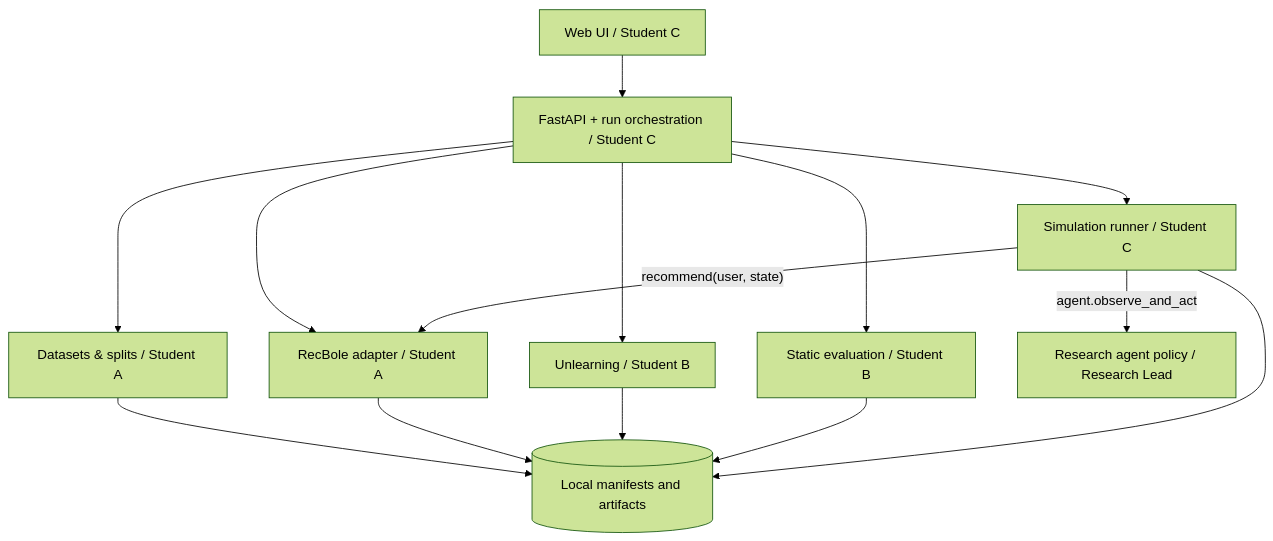
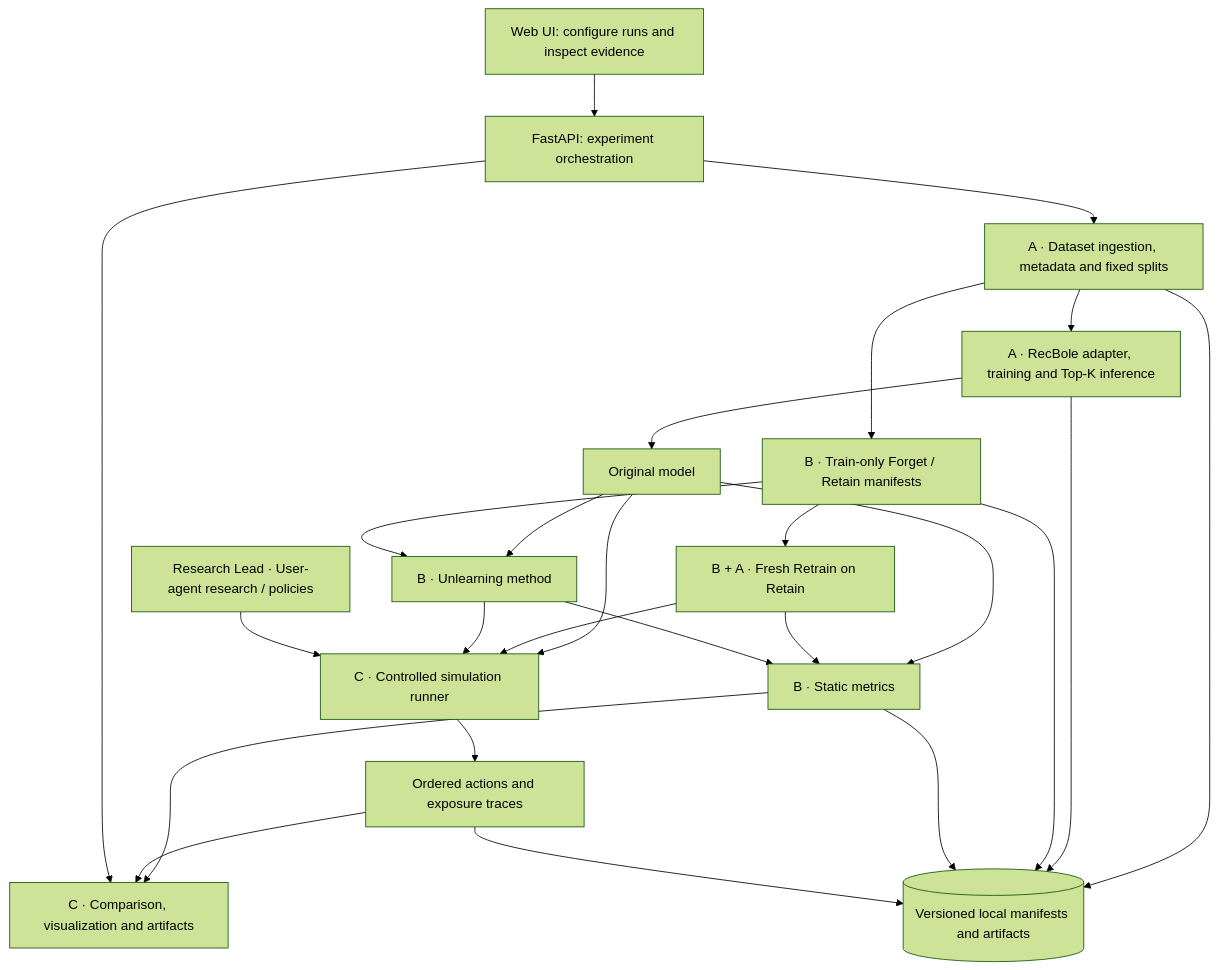
Before and after one commit to Kyunic/AfterRec: the diagram in docs/architecture/OVERVIEW.md, drawn with Mermaid (forest theme). The commit also changed other lines of this file, not shown here.

Commit message:
docs: expand project architecture overview in English and Chinese

````diff
--- a/docs/architecture/OVERVIEW.md
+++ b/docs/architecture/OVERVIEW.md
@@ -8,16 +27,27 @@
 ```mermaid
-flowchart TD
-    UI["Web UI / Student C"] --> API["FastAPI + run orchestration / Student C"]
-    API --> DATA["Datasets & splits / Student A"]
-    API --> REC["RecBole adapter / Student A"]
-    API --> UNL["Unlearning / Student B"]
-    API --> EVAL["Static evaluation / Student B"]
-    API --> SIM["Simulation runner / Student C"]
-    SIM -->|"recommend(user, state)"| REC
-    SIM -->|"agent.observe_and_act"| AGENT["Research agent policy / Research Lead"]
-    DATA --> STORE[("Local manifests and artifacts")]
-    REC --> STORE
-    UNL --> STORE
-    EVAL --> STORE
-    SIM --> STORE
+flowchart TB
+    UI["Web UI: configure runs and inspect evidence"] --> API["FastAPI: experiment orchestration"]
+    API --> DATA["A · Dataset ingestion, metadata and fixed splits"]
+    DATA --> TRAIN["A · RecBole adapter, training and Top-K inference"]
+    TRAIN --> ORIG["Original model"]
+    DATA --> FORGET["B · Train-only Forget / Retain manifests"]
+    FORGET --> RETRAIN["B + A · Fresh Retrain on Retain"]
+    ORIG --> UNLEARN["B · Unlearning method"]
+    FORGET --> UNLEARN
+    ORIG --> STATIC["B · Static metrics"]
+    RETRAIN --> STATIC
+    UNLEARN --> STATIC
+    ORIG --> SIM["C · Controlled simulation runner"]
+    RETRAIN --> SIM
+    UNLEARN --> SIM
+    POLICY["Research Lead · User-agent research / policies"] --> SIM
+    SIM --> TRACE["Ordered actions and exposure traces"]
+    STATIC --> REPORT["C · Comparison, visualization and artifacts"]
+    TRACE --> REPORT
+    API --> REPORT
+    DATA --> STORE[("Versioned local manifests and artifacts")]
+    TRAIN --> STORE
+    FORGET --> STORE
+    STATIC --> STORE
+    TRACE --> STORE
 ```
````
